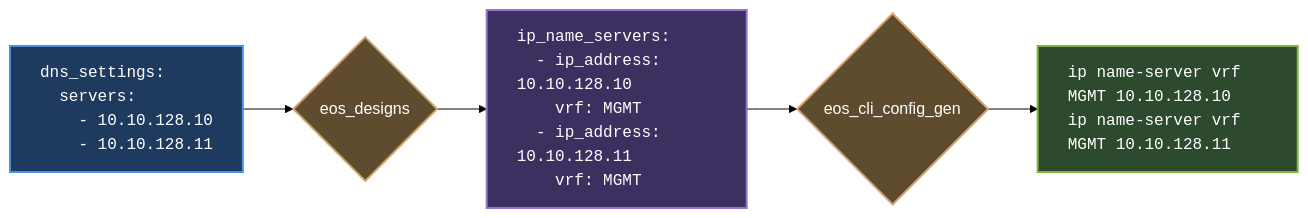
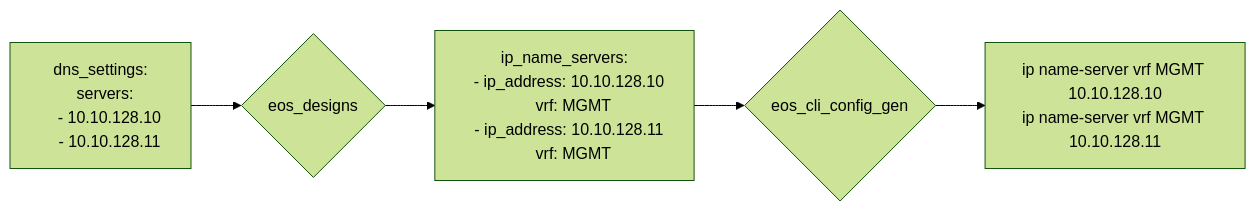
Before and after one commit to aristanetworks/avd: the fourth of 8 diagrams in docs/getting-started/avd-usage-patterns.md, drawn with Mermaid (forest theme). The commit also changed other lines of this file, not shown here.

````diff
--- a/docs/getting-started/avd-usage-patterns.md
+++ b/docs/getting-started/avd-usage-patterns.md
@@ -118,13 +104,7 @@
 ```mermaid
 graph LR
     A["dns_settings:<br/>&nbsp;&nbsp;servers:<br/>&nbsp;&nbsp;&nbsp;&nbsp;- 10.10.128.10<br/>&nbsp;&nbsp;&nbsp;&nbsp;- 10.10.128.11"] --> B{eos_designs}
     B --> C["ip_name_servers:<br/>&nbsp;&nbsp;- ip_address: 10.10.128.10<br/>&nbsp;&nbsp;&nbsp;&nbsp;vrf: MGMT<br/>&nbsp;&nbsp;- ip_address: 10.10.128.11<br/>&nbsp;&nbsp;&nbsp;&nbsp;vrf: MGMT"]
     C --> D{eos_cli_config_gen}
     D --> E["ip name-server vrf MGMT 10.10.128.10<br/>ip name-server vrf MGMT 10.10.128.11"]
-
-    style A fill:#1e3a5f,stroke:#4a90e2,stroke-width:2px,color:#fff,font-family:monospace,text-align:left
-    style B fill:#5f4c2e,stroke:#d4a574,stroke-width:2px,color:#fff
-    style C fill:#3d2f5f,stroke:#9575cd,stroke-width:2px,color:#fff,font-family:monospace,text-align:left
-    style D fill:#5f4c2e,stroke:#d4a574,stroke-width:2px,color:#fff
-    style E fill:#2d4a2e,stroke:#7cb342,stroke-width:2px,color:#fff,font-family:monospace,text-align:left
 ```
````
